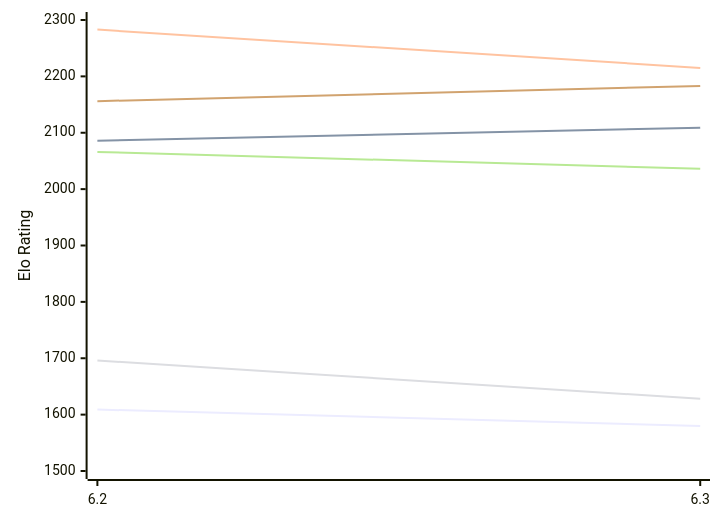
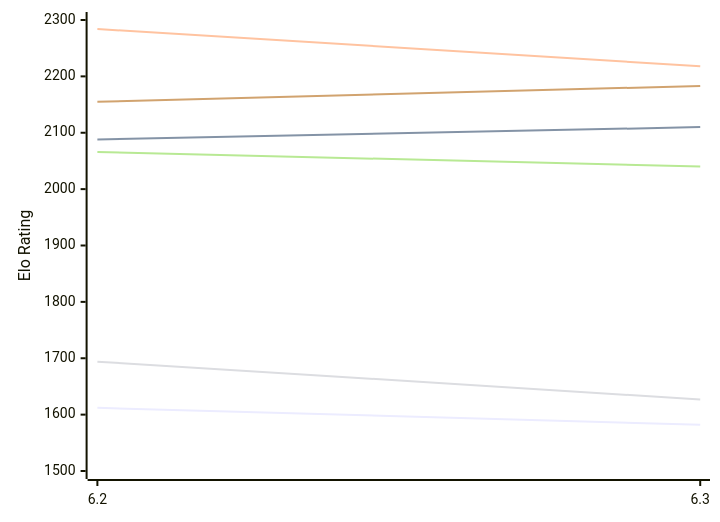
The first of 2 diagrams in engines/chess4j.md (computer-chess-index/cci), drawn with Mermaid before and after one commit. The commit also changed other lines of this file, not shown here.

Commit message:
Update CCI Ratings (ELO VLTC) - 2026-11-22

````diff
--- a/engines/chess4j.md
+++ b/engines/chess4j.md
@@ -50,12 +50,12 @@
 ```mermaid
 %%{init: {"theme":"base","themeVariables":{"seriesColors:['#a3a3a3','#222221','#faa371']}}}%%
 xychart-beta
   x-axis ["6.2", "6.3"]
   y-axis "Elo Rating" 1500 --> 2300
-  line "E1: STC (8.0+0.08s)" [1609, 1580]
-  line "E1: LTC (60.0+0.60s)" [2086, 2109]
-  line "E1: VLTC (2m24s+1.12s)" [2283, 2215]
-  line "P1: STC (8.0+0.08s)" [1696, 1628]
-  line "P1: LTC (60.0+0.60s)" [2066, 2036]
-  line "P1: VLTC (2m24s+1.12s)" [2156, 2183]
+  line "E1: STC (8.0+0.08s)" [1612, 1582]
+  line "E1: LTC (60.0+0.60s)" [2088, 2110]
+  line "E1: VLTC (2m24s+1.12s)" [2284, 2218]
+  line "P1: STC (8.0+0.08s)" [1694, 1627]
+  line "P1: LTC (60.0+0.60s)" [2066, 2040]
+  line "P1: VLTC (2m24s+1.12s)" [2155, 2183]
 ```
````
